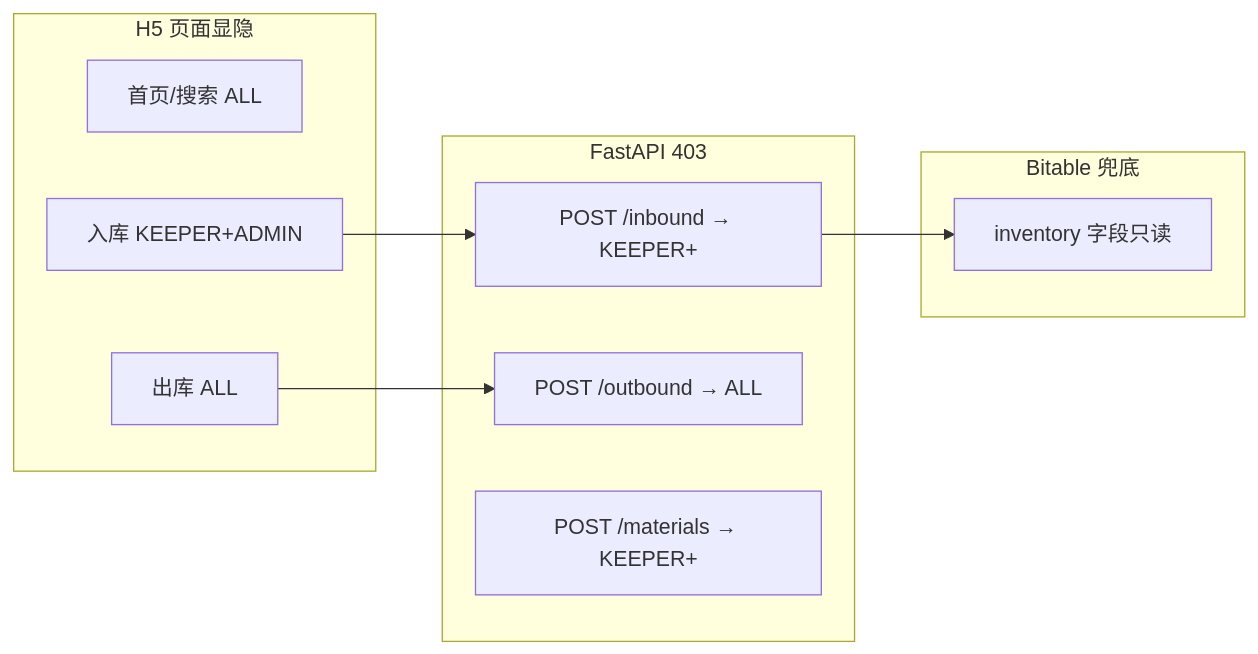
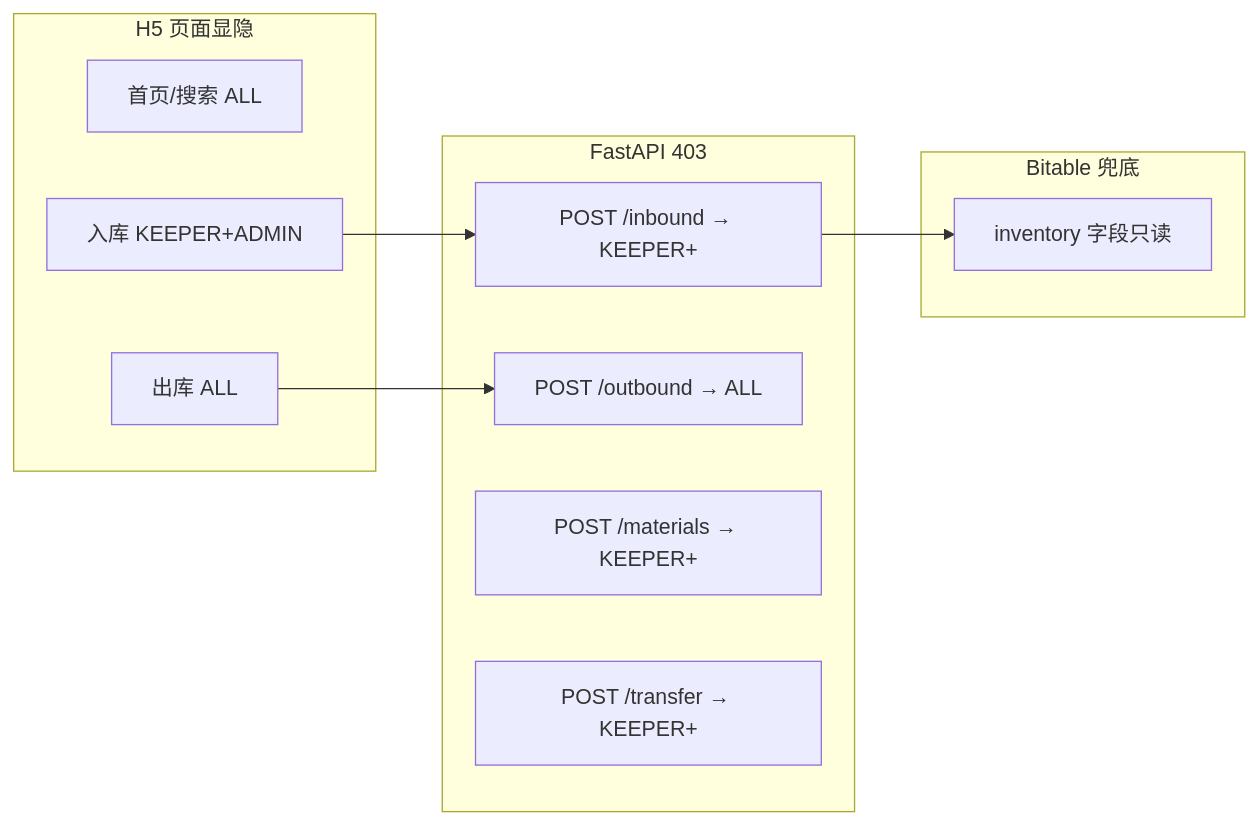
One commit to algo-boost/stock-flow changed diagram 11 of 13 in docs/架构设计文档.md. Above: the diagram before and after it, drawn with Mermaid. The commit also changed other lines of this file and 22 other files, not shown here.

````diff
--- a/docs/架构设计文档.md
+++ b/docs/架构设计文档.md
@@ -733,21 +736,22 @@
 ```mermaid
 flowchart LR
     subgraph H5["H5 页面显隐"]
         P1["首页/搜索 ALL"]
         P2["出库 ALL"]
         P3["入库 KEEPER+ADMIN"]
     end
 
     subgraph API["FastAPI 403"]
         A1["POST /inbound → KEEPER+"]
         A2["POST /outbound → ALL"]
         A3["POST /materials → KEEPER+"]
+        A4["POST /transfer → KEEPER+"]
     end
 
     subgraph BT["Bitable 兜底"]
         B1["inventory 字段只读"]
     end
 
     P3 --> A1 --> B1
     P2 --> A2
 ```
````
